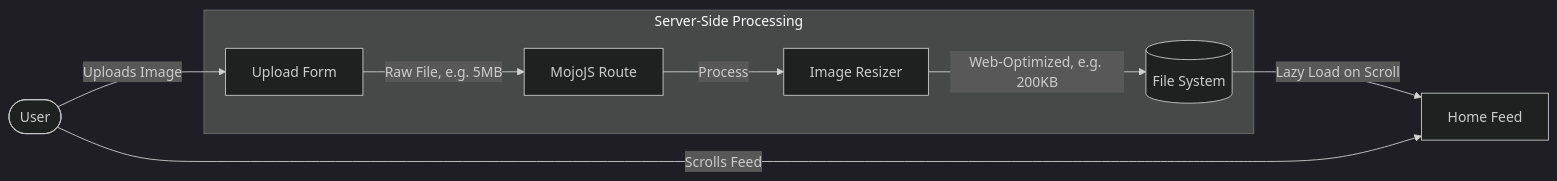
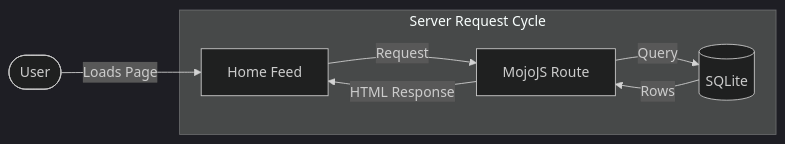
The diagram in posts/a1-dev-blog-04.md (xuan294/Deco2017-BLOG-), drawn with Mermaid (dark theme) before and after one commit. The commit also changed other lines of this file, not shown here.

````diff
--- a/posts/a1-dev-blog-04.md
+++ b/posts/a1-dev-blog-04.md
@@ -22,13 +24,11 @@
 ```mermaid
 flowchart LR
-    User([User]) -->|Uploads Image| UploadForm[Upload Form]
+    User([User]) -->|Loads Page| Browser[Home Feed]
     
-    subgraph Server-Side Processing
-        UploadForm -->|Raw File, e.g. 5MB| Backend[MojoJS Route]
-        Backend -->|Process| Resizer[Image Resizer]
-        Resizer -->|Web-Optimized, e.g. 200KB| Storage[(File System)]
+    subgraph Server Request Cycle
+        Browser -->|Request| Backend[MojoJS Route]
+        Backend -->|Query| Database[(SQLite)]
+        Database -->|Rows| Backend
+        Backend -->|HTML Response| Browser
     end
-    
-    Storage -->|Lazy Load on Scroll| Browser[Home Feed]
-    User -->|Scrolls Feed| Browser
 ```
````
